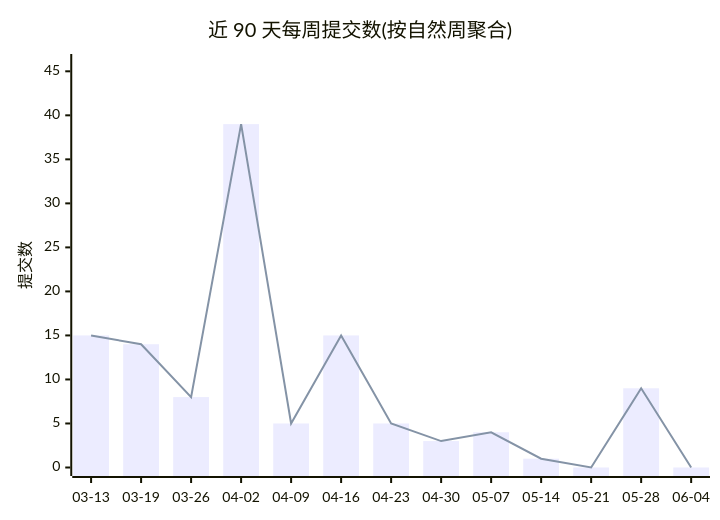
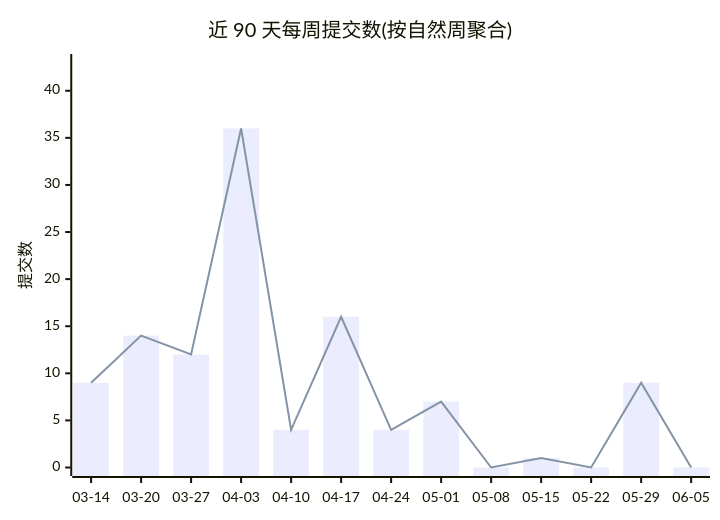
One commit to Conflux-Union/.github changed the first of 2 diagrams in profile/README.md. Above: the diagram before and after it, drawn with Mermaid. The commit also changed other lines of this file and 1 other file, not shown here.

````diff
--- a/profile/README.md
+++ b/profile/README.md
@@ -44,8 +44,8 @@
 ```mermaid
 xychart-beta
     title "近 90 天每周提交数(按自然周聚合)"
-    x-axis ["03-13", "03-19", "03-26", "04-02", "04-09", "04-16", "04-23", "04-30", "05-07", "05-14", "05-21", "05-28", "06-04"]
-    y-axis "提交数" 0 --> 46
-    bar [15, 14, 8, 39, 5, 15, 5, 3, 4, 1, 0, 9, 0]
-    line [15, 14, 8, 39, 5, 15, 5, 3, 4, 1, 0, 9, 0]
+    x-axis ["03-14", "03-20", "03-27", "04-03", "04-10", "04-17", "04-24", "05-01", "05-08", "05-15", "05-22", "05-29", "06-05"]
+    y-axis "提交数" 0 --> 43
+    bar [9, 14, 12, 36, 4, 16, 4, 7, 0, 1, 0, 9, 0]
+    line [9, 14, 12, 36, 4, 16, 4, 7, 0, 1, 0, 9, 0]
 ```
````
